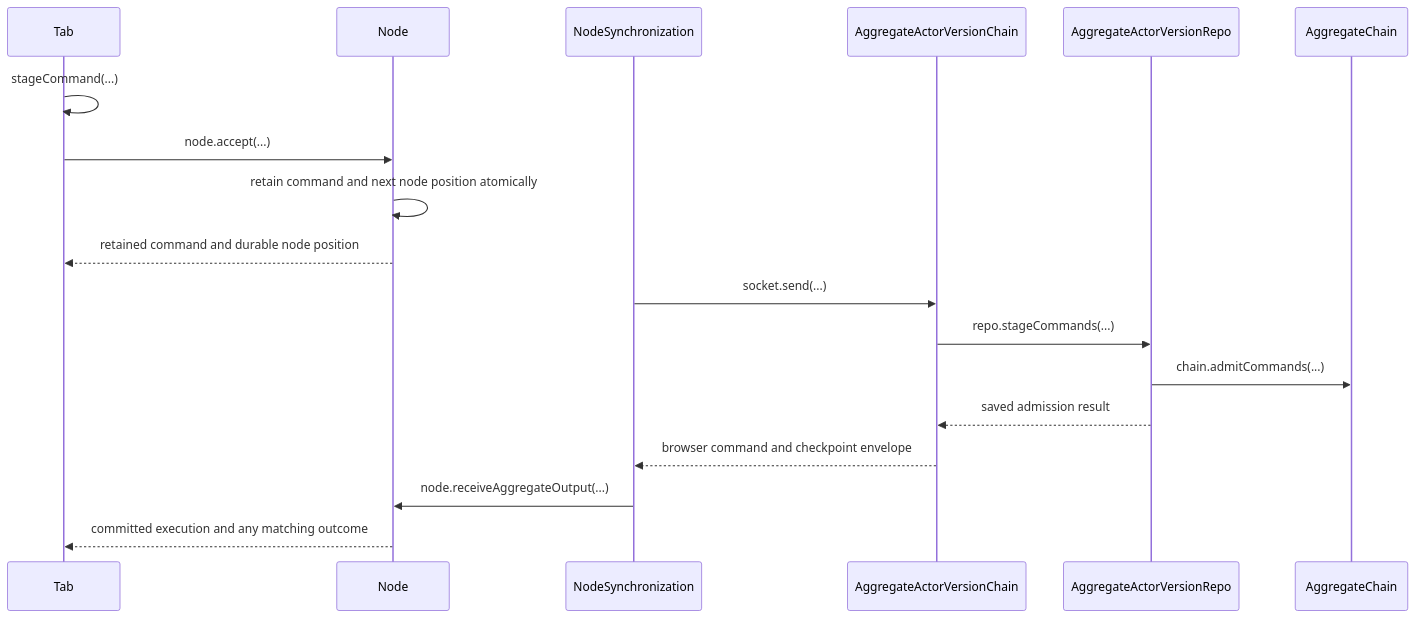
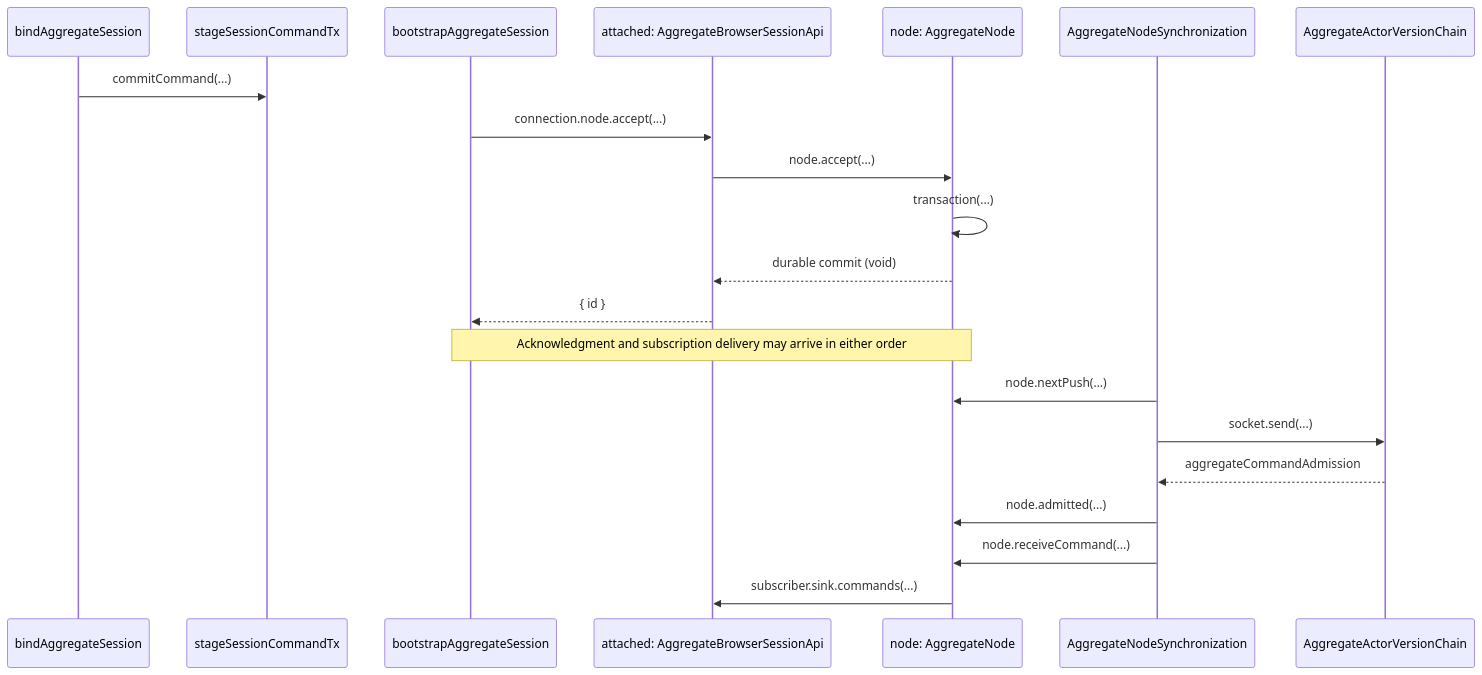
One commit to morgs32/qrk.sh changed the diagram in wiki/architecture/browser/PushSequence.md. Above: the diagram before and after it, drawn with Mermaid. The commit also changed other lines of this file and 661 other files, not shown here.

````diff
--- a/wiki/architecture/browser/PushSequence.md
+++ b/wiki/architecture/browser/PushSequence.md
@@ -15,20 +74,23 @@
 ```mermaid
 sequenceDiagram
-  participant Tab
-  participant Node
-  participant NodeSynchronization
+  participant bindAggregateSession
+  participant stageSessionCommandTx
+  participant bootstrapAggregateSession
+  participant attached as attached: AggregateBrowserSessionApi
+  participant node as node: AggregateNode
+  participant AggregateNodeSynchronization
   participant AggregateActorVersionChain
-  participant AggregateActorVersionRepo
-  participant AggregateChain
-  Tab->>Tab: stageCommand(...)
-  Tab->>Node: node.accept(...)
-  Node->>Node: retain command and next node position atomically
-  Node-->>Tab: retained command and durable node position
-  NodeSynchronization->>AggregateActorVersionChain: socket.send(...)
-  AggregateActorVersionChain->>AggregateActorVersionRepo: repo.stageCommands(...)
-  AggregateActorVersionRepo->>AggregateChain: chain.admitCommands(...)
-  AggregateActorVersionRepo-->>AggregateActorVersionChain: saved admission result
-  AggregateActorVersionChain-->>NodeSynchronization: browser command and checkpoint envelope
-  NodeSynchronization->>Node: node.receiveAggregateOutput(...)
-  Node-->>Tab: committed execution and any matching outcome
+  bindAggregateSession->>stageSessionCommandTx: commitCommand(...)
+  bootstrapAggregateSession->>attached: connection.node.accept(...)
+  attached->>node: node.accept(...)
+  node->>node: transaction(...)
+  node-->>attached: durable commit (void)
+  attached-->>bootstrapAggregateSession: { id }
+  Note over bootstrapAggregateSession,node: Acknowledgment and subscription delivery may arrive in either order
+  AggregateNodeSynchronization->>node: node.nextPush(...)
+  AggregateNodeSynchronization->>AggregateActorVersionChain: socket.send(...)
+  AggregateActorVersionChain-->>AggregateNodeSynchronization: aggregateCommandAdmission
+  AggregateNodeSynchronization->>node: node.admitted(...)
+  AggregateNodeSynchronization->>node: node.receiveCommand(...)
+  node->>attached: subscriber.sink.commands(...)
 ```
````
